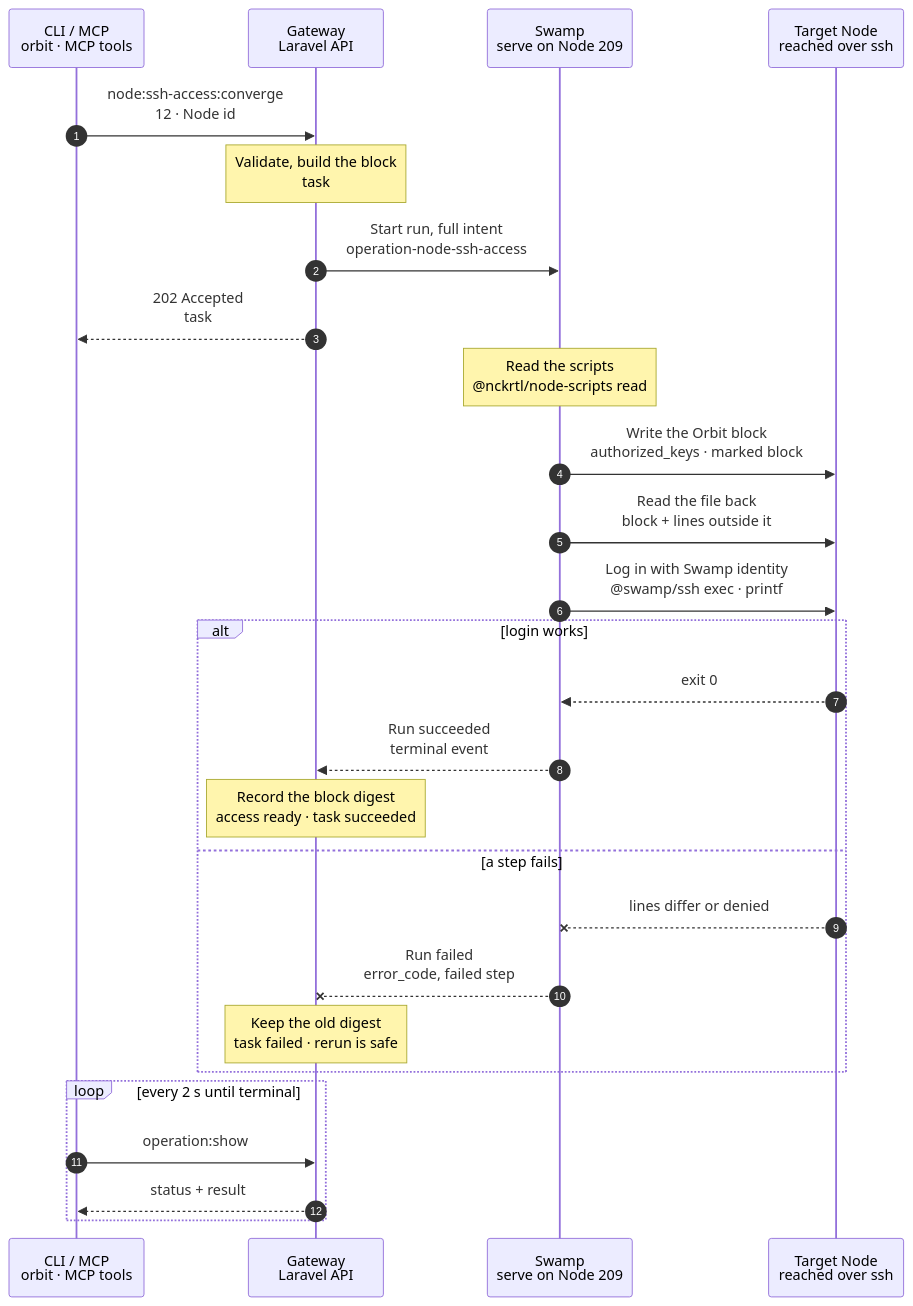
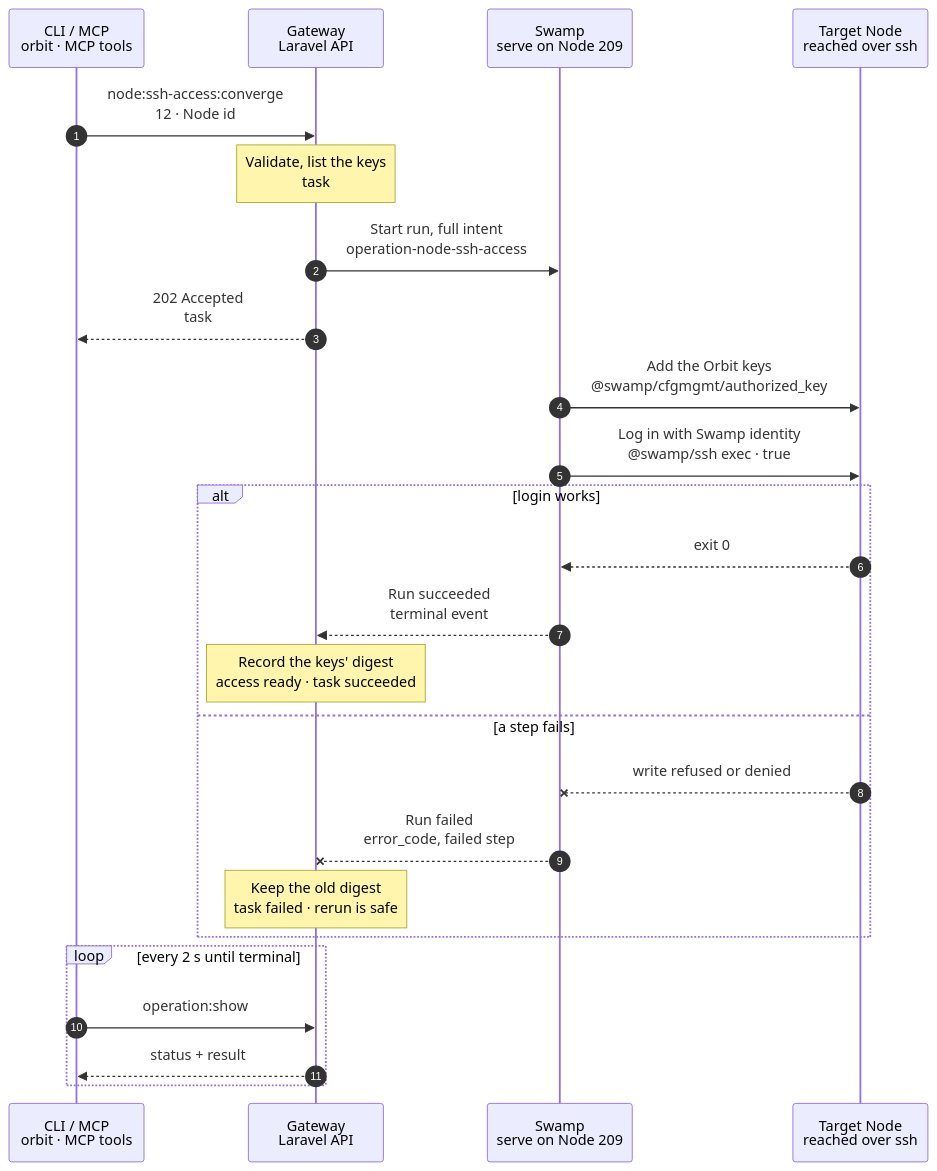
Before and after one commit to hardimpactdev/orbit: the diagram in docs/flows/node.ssh_access_converge.mmd, drawn with Mermaid. The commit also changed 16 other files, not shown here.

First line of the commit message:
refactor(nodes): node.ssh_access_converge adds Orbit's keys with cfgmgmt authorized_key, no shipped script (rule 22)

```diff
--- a/docs/flows/node.ssh_access_converge.mmd
+++ b/docs/flows/node.ssh_access_converge.mmd
@@ -1,116 +1,100 @@
 sequenceDiagram
-  %% Target design: ADR 0244 task, DECISIONS R2-R4 and 5 (one swamp-role SSH identity); Orbit owns only its marked authorized_keys block (Nov 1 incident).
+  %% Target design: ADR 0244 task, DECISIONS R2-R4 and 5 (one swamp-role SSH identity); Orbit only adds its own keys and never rewrites authorized_keys (Nov 1 incident); flow-tighten rule 22.
   %% status: draft
   %% command: node:ssh-access:converge
   autonumber
   %% lane CLI icon=terminal pill=caller tone=gray
   %% lane GW icon=gateway pill=intent tone=blue
   %% lane SW icon=workflow pill=executes tone=green
   %% lane N icon=server pill=target tone=amber
   participant CLI as CLI / MCP<br/>orbit · MCP tools
   participant GW as Gateway<br/>Laravel API
   participant SW as Swamp<br/>serve on Node 209
   participant N as Target Node<br/>reached over ssh
   CLI->>GW: node:ssh-access:converge<br/>12 · Node id
   %%> Command:
   %%> - MCP tool `node-ssh-access-converge` with node `12`; API `POST /nodes/12/ssh-access/converge`
   %%> - syntax: `<node>`
   %%> Input:
   %%> - the Node only; the keys come from Orbit's records, never from the request
   %%> What it does:
   %%> - makes Node 12's managed account accept the Swamp Node's SSH identity and the operator keys recorded in Orbit
   %%> - keeps every other key in `authorized_keys` exactly as it is
   %%> Who can call it:
   %%> - the MCP tool and the API; the `orbit` CLI has no command for it yet
-  Note over GW: Validate, build the block<br/>task #5133 · Node 12
+  Note over GW: Validate, list the keys<br/>task #5133 · Node 12
   %%> Requirements:
   %%> - your Node has an access grant to Node 12
   %%> - Node 12 is an active, managed Linux Node with stored SSH host keys
   %%> - its managed account is not `root`
   %%> - no other SSH access change runs for Node 12; the Gateway holds one lock per Node
   %%> Builds:
-  %%> - the Orbit block: the `swamp` role's public key from Node 209, then each operator key recorded in Orbit, in a stable order
-  %%> - the block's digest
+  %%> - Orbit's keys: the `swamp` role's public key from Node 209, then each operator key recorded in Orbit, in a stable order
+  %%> - their digest
   %%> Reuse:
   %%> - a succeeded or running task with the same digest for Node 12 is returned instead of a new one
   %%> Result:
   %%> - task #5133 recorded with the full intent; no private key in it
   GW->>SW: Start run, full intent<br/>operation-node-ssh-access
   %%> What it does:
   %%> - starts one Swamp run on serve (Node 209)
   %%> Inputs:
-  %%> - the block's lines and digest, and the managed account
-  %%> - Node 12's address and SSH host keys
-  %%> - the vault key name of Node 12's access identity, never the key itself (R3)
-  %%> Before the run:
-  %%> - the Gateway puts the identity Node 12 already accepts into the Swamp vault
+  %%> - Orbit's keys and their digest, and the managed account
+  %%> - Node 12's address and SSH host keys; the SSH identity comes from the `swamp` role
   GW-->>CLI: 202 Accepted<br/>task #5133
   %%> What you get:
   %%> - the task number, at once
   %%> Next:
   %%> - the CLI follows the task with `operation:show`
-  Note over SW: Read the scripts<br/>@nckrtl/node-scripts read
+  SW->>N: Add the Orbit keys<br/>@swamp/cfgmgmt/authorized_key
   %%> What it does:
-  %%> - reads the shipped `authorized_keys.py` script and the block's keys on 209
-  SW->>N: Write the Orbit block<br/>authorized_keys · marked block
+  %%> - adds each of Orbit's keys to the managed account's `authorized_keys` when it is missing, one behavior per key
+  %%> Never:
+  %%> - removes, reorders or changes another line, so operator keys Orbit does not manage keep their access
+  %%> How:
+  %%> - the official `@swamp/cfgmgmt/authorized_key` behavior over SSH from 209, as the managed account
+  %%> Not included:
+  %%> - a Node that does not accept the `swamp` role identity yet; Node bootstrap adds that first key
+  SW->>N: Log in with Swamp identity<br/>@swamp/ssh exec · true
   %%> What it does:
-  %%> - replaces only the lines between `# BEGIN Orbit managed keys` and `# END Orbit managed keys`
-  %%> - adds the block at the end of the file when it is missing
-  %%> - writes a temporary file and renames it, keeping owner and mode `0600`; an identical block writes nothing
-  %%> Never:
-  %%> - removes, reorders or changes a line outside the block
-  %%> - a key that also sits outside the block stays there
-  %%> Refuses:
-  %%> - a file with broken markers, such as two BEGIN lines or no END line; then nothing is written
-  %%> How:
-  %%> - the shipped script through `@swamp/ssh` from 209, as the managed account
-  %%> - logs in with the identity Node 12 already accepts, read with `vault.get`; the new Swamp identity may not be accepted yet
+  %%> - opens a new SSH session with the `swamp` role identity only, and runs `true`
   %%> Returns:
-  %%> - the digest of the lines outside the block, for the read-back
-  SW->>N: Read the file back<br/>block + lines outside it
-  %%> What it does:
-  %%> - checks that the block holds exactly the intended keys
-  %%> - checks that the lines outside the block equal the lines before the write
-  %%> Why:
-  %%> - proves that no operator key outside the block was lost
-  SW->>N: Log in with Swamp identity<br/>@swamp/ssh exec · printf
-  %%> What it does:
-  %%> - opens a new SSH session with the `swamp` role identity only, and prints the ready result
+  %%> - the end check; the Gateway reads it from Swamp's run data
   %%> Why:
   %%> - access only counts as ready when the Swamp identity really logs in
   alt login works
     N-->>SW: exit 0
     %%> Returns:
     %%> - every check passed
     SW-->>GW: Run succeeded<br/>terminal event
     %%> How the Gateway learns it:
     %%> - its shared run reader sees the terminal event; Swamp never calls the Gateway
-    Note over GW: Record the block digest<br/>access ready · task succeeded
+    Note over GW: Record the keys' digest<br/>access ready · task succeeded
     %%> Result:
-    %%> - Node 12's SSH access digest is the new block's digest
+    %%> - Node 12's SSH access digest is the digest of Orbit's keys
     %%> - task #5133 succeeds
   else a step fails
-    N--xSW: lines differ or denied
+    N--xSW: write refused or denied
     %%> When:
-    %%> - the markers are broken, the read-back differs, or the Swamp identity is refused
+    %%> - a key cannot be added, or the Swamp identity is refused
     SW--xGW: Run failed<br/>error_code, failed step
     %%> The Gateway reads:
     %%> - which step failed and its error code
     Note over GW: Keep the old digest<br/>task failed · rerun is safe
     %%> Result:
     %%> - Node 12's recorded SSH access stays as it was
     %%> - task #5133 fails
     %%> On the Node:
-    %%> - a written block stays; there is no rollback
-    %%> - keys outside the block are never touched, so operator access stays
+    %%> - added keys stay; there is no rollback
+    %%> - other keys are never touched, so operator access stays
     %%> Retry:
-    %%> - run the same command again after fixing the cause; it rewrites only the block
+    %%> - run the same command again after fixing the cause; keys already there are left as they are
   end
   loop every 2 s until terminal
     CLI->>GW: operation:show #5133
     %%> What it does:
     %%> - asks for the task's status every 2 seconds until it has ended
     GW-->>CLI: status + result
     %%> Returns:
     %%> - the current status, and the result once the task has ended
   end
```
